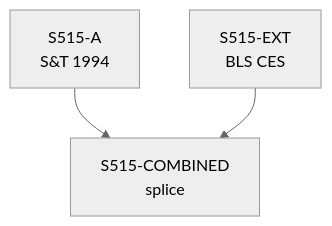
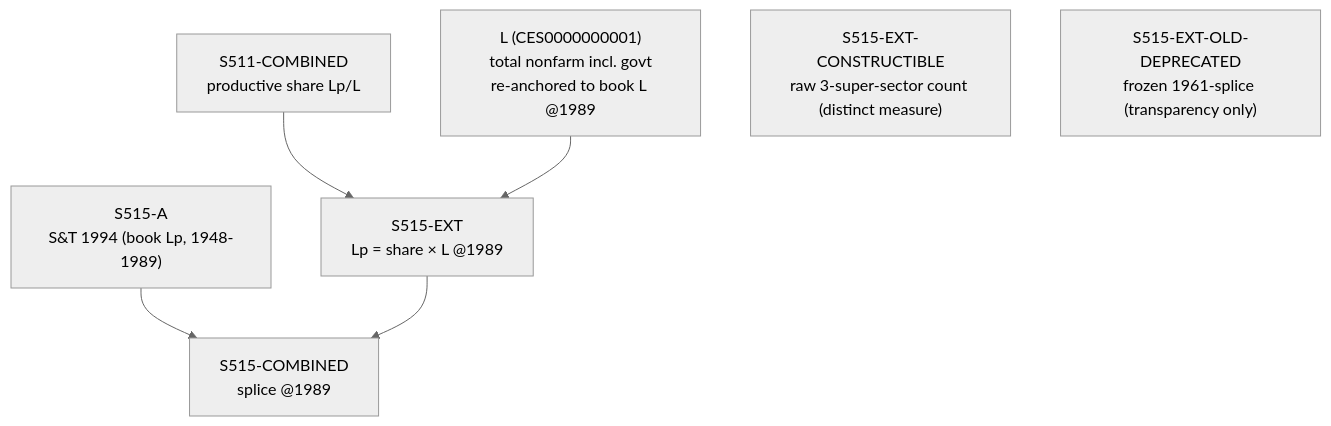
Before and after one commit to andenick/measuring-the-wealth-of-nations: the diagram in docs/series/S515_DECOMPOSITION.md, drawn with Mermaid (neutral theme). The commit also changed other lines of this file and 200 other files, not shown here.

````diff
--- a/docs/series/S515_DECOMPOSITION.md
+++ b/docs/series/S515_DECOMPOSITION.md
@@ -7,9 +7,14 @@
 ```mermaid
 flowchart TD
-    S515_A["S515-A<br/>S&T 1994"]
-    S515_EXT["S515-EXT<br/>BLS CES"]
-    S515_COMBINED["S515-COMBINED<br/>"]
-    S515_COMBINED["S515-COMBINED<br/>splice"]
+    S511["S511-COMBINED<br/>productive share Lp/L"]
+    L["L (CES0000000001)<br/>total nonfarm incl. govt<br/>re-anchored to book L @1989"]
+    S515_A["S515-A<br/>S&T 1994 (book Lp, 1948-1989)"]
+    S515_EXT["S515-EXT<br/>Lp = share × L @1989"]
+    S515_COMBINED["S515-COMBINED<br/>splice @1989"]
+    S511 --> S515_EXT
+    L --> S515_EXT
     S515_A --> S515_COMBINED
     S515_EXT --> S515_COMBINED
+    CONSTR["S515-EXT-CONSTRUCTIBLE<br/>raw 3-super-sector count (distinct measure)"]
+    OLD["S515-EXT-OLD-DEPRECATED<br/>frozen 1961-splice (transparency only)"]
 ```
````
